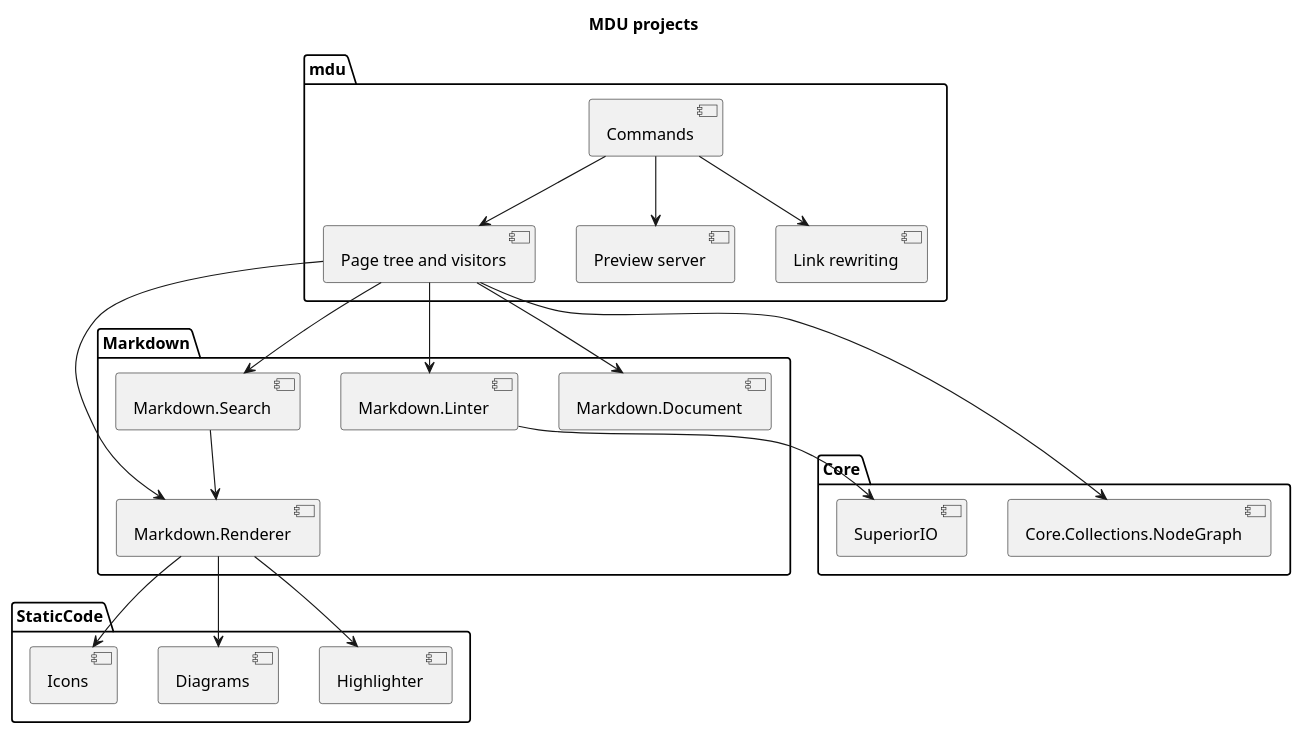
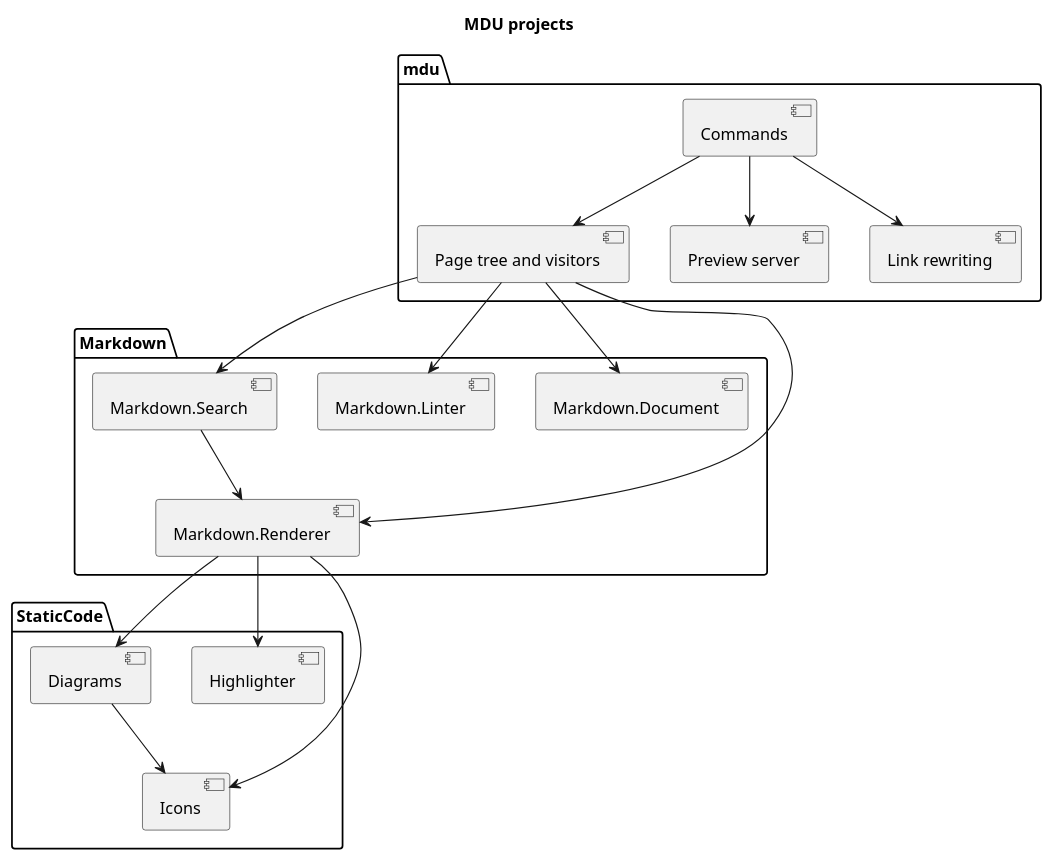
Before and after one commit to capjan/mdu: the diagram in Docs/Architecture/Components.md, drawn with PlantUML. The commit also changed other lines of this file and 40 other files, not shown here.

````diff
--- a/Docs/Architecture/Components.md
+++ b/Docs/Architecture/Components.md
@@ -28,52 +26,45 @@
 ```plantuml
 @startuml
 title MDU projects
 package "mdu" {
   [Commands] as Cli
   [Page tree and visitors] as Graph
   [Preview server] as Preview
   [Link rewriting] as Links
 }
 package "Markdown" {
   [Markdown.Document] as Doc
   [Markdown.Linter] as Linter
   [Markdown.Renderer] as Renderer
   [Markdown.Search] as Search
 }
 package "StaticCode" {
   [Highlighter] as Highlighter
   [Diagrams] as Diagrams
   [Icons] as Icons
 }
-package "Core" {
-  [Core.Collections.NodeGraph] as NodeGraph
-  [SuperiorIO] as SuperiorIO
-}
 Cli --> Graph
 Cli --> Preview
 Cli --> Links
 Graph --> Doc
-Graph --> NodeGraph
 Graph --> Linter
 Graph --> Renderer
 Graph --> Search
-Linter --> SuperiorIO
 Search --> Renderer
 Renderer --> Highlighter
 Renderer --> Diagrams
 Renderer --> Icons
+Diagrams --> Icons
 url of Cli is [[#mdu]]
 url of Graph is [[#mdu]]
 url of Preview is [[#mdu]]
 url of Links is [[#mdu]]
 url of Doc is [[#markdown.document]]
 url of Linter is [[#markdown.linter]]
 url of Renderer is [[#markdown.renderer]]
 url of Search is [[#markdown.search]]
 url of Highlighter is [[#staticcode.highlighter]]
 url of Diagrams is [[#staticcode.diagrams]]
 url of Icons is [[#staticcode.icons]]
-url of NodeGraph is [[#core.collections.nodegraph]]
-url of SuperiorIO is [[#superiorio]]
 @enduml
 ```
````
